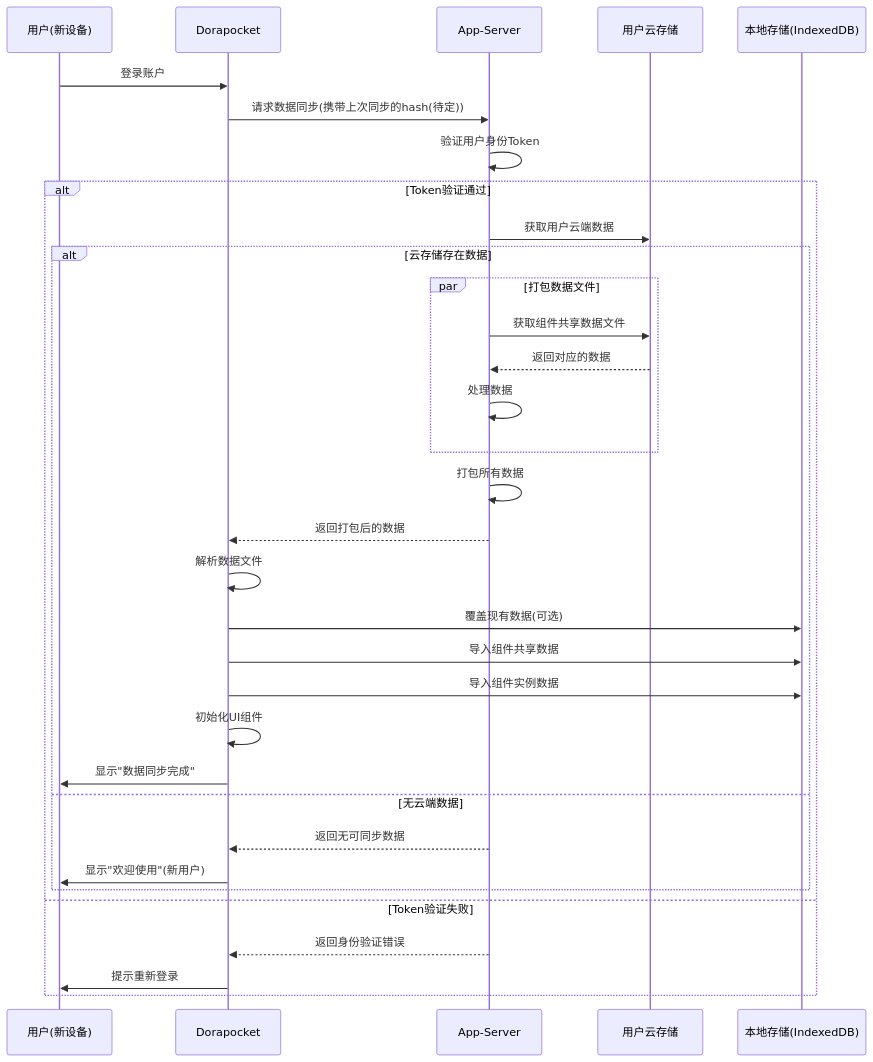
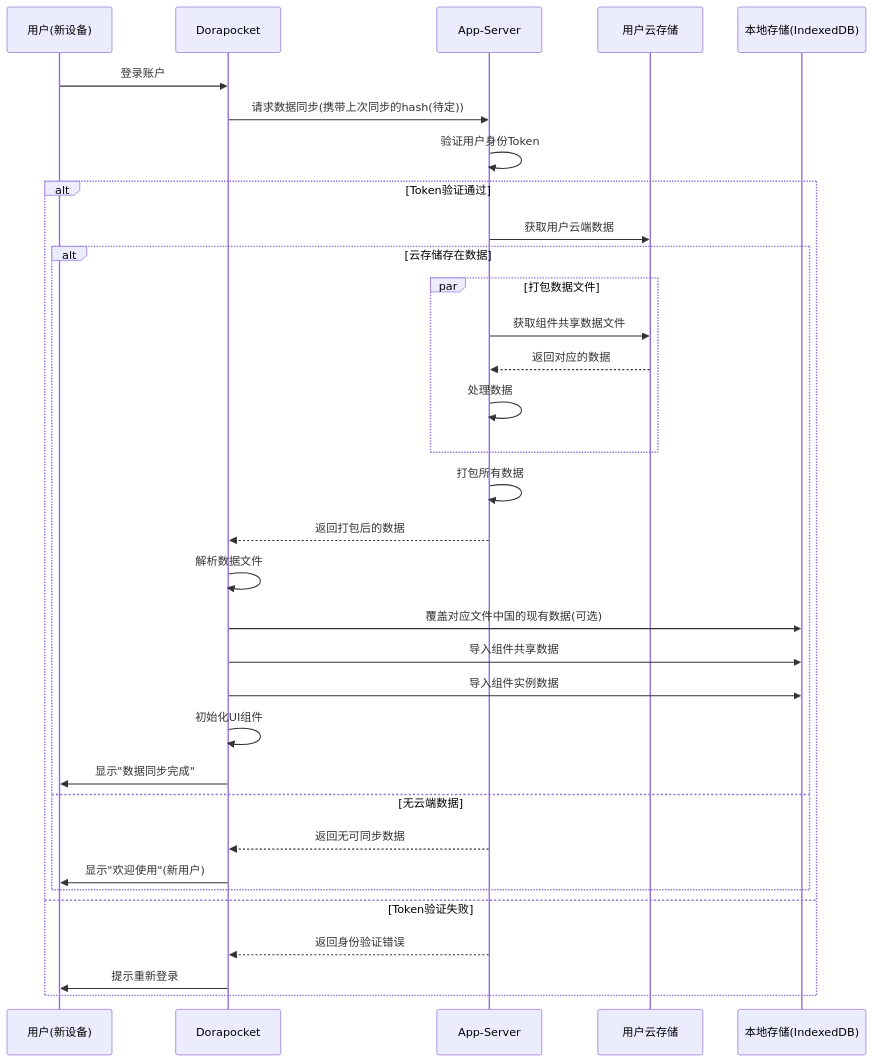
Before and after one commit to yingjianzh/iodraw-files: the diagram in all/未命名-38.md, drawn with Mermaid.

Commit message:
2025-04-21 14:00:46 update

````diff
--- a/all/未命名-38.md
+++ b/all/未命名-38.md
@@ -1,45 +1,45 @@
 ```mermaid
 sequenceDiagram
     participant User as 用户(新设备)
     participant App as Dorapocket
     participant AppServer as App-Server
     participant UserCloud as 用户云存储
     participant LocalDB as 本地存储(IndexedDB)
     
     User->>App: 登录账户
     
     App->>AppServer: 请求数据同步(携带上次同步的hash(待定))
     AppServer->>AppServer: 验证用户身份Token
     
     alt Token验证通过
         AppServer->>UserCloud: 获取用户云端数据
         
         
         alt 云存储存在数据
             par 打包数据文件
                 AppServer->>UserCloud: 获取组件共享数据文件
                 UserCloud-->>AppServer: 返回对应的数据
                 
                 AppServer->>AppServer: 处理数据
             end
             
             AppServer->>AppServer: 打包所有数据
             AppServer-->>App: 返回打包后的数据
             
             App->>App: 解析数据文件
             
-            App->>LocalDB: 覆盖现有数据(可选)
+            App->>LocalDB: 覆盖对应文件中国的现有数据(可选)
             App->>LocalDB: 导入组件共享数据
             App->>LocalDB: 导入组件实例数据
             
             App->>App: 初始化UI组件
             App->>User: 显示"数据同步完成"
         else 无云端数据
             AppServer-->>App: 返回无可同步数据
             App->>User: 显示"欢迎使用"(新用户)
         end
     else Token验证失败
         AppServer-->>App: 返回身份验证错误
         App->>User: 提示重新登录
     end
 ```
````
